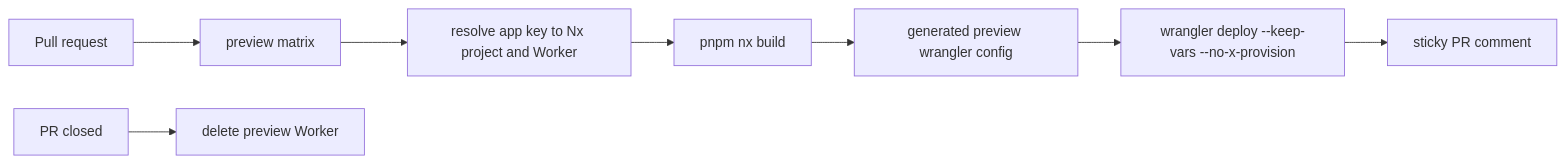
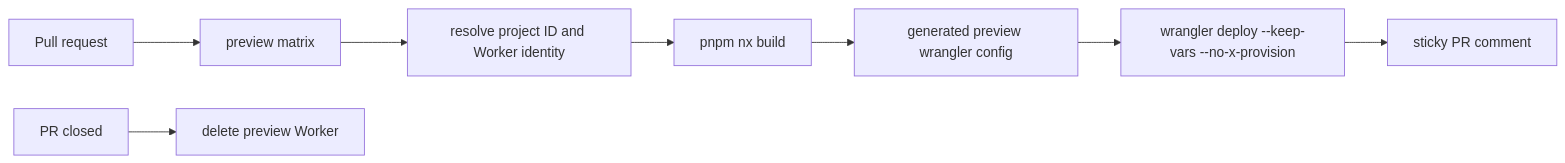
Before and after one commit to shpitdev/sketchi: the diagram in docs/preview-deploys.md, drawn with Mermaid. The commit also changed other lines of this file and 130 other files, not shown here.

````diff
--- a/docs/preview-deploys.md
+++ b/docs/preview-deploys.md
@@ -25,10 +25,10 @@
 ```mermaid
 flowchart LR
   PR["Pull request"] --> Matrix["preview matrix"]
-  Matrix --> Resolve["resolve app key to Nx project and Worker"]
-  Resolve --> Build["pnpm nx build <nx-project>"]
+  Matrix --> Resolve["resolve project ID and Worker identity"]
+  Resolve --> Build["pnpm nx build <project-id>"]
   Build --> Config["generated preview wrangler config"]
   Config --> Deploy["wrangler deploy --keep-vars --no-x-provision"]
   Deploy --> Comment["sticky PR comment"]
   Closed["PR closed"] --> Cleanup["delete preview Worker"]
 ```
````
